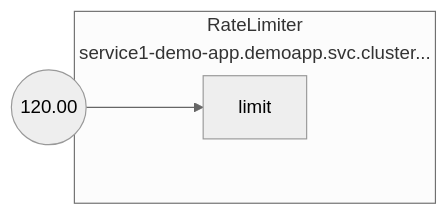
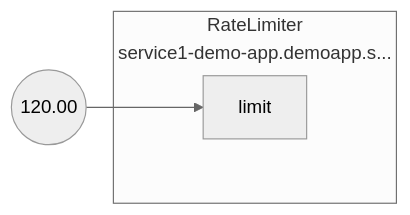
The diagram in docs/content/tutorials/integrations/flow-control/rate-limiting/assets/static-rate-limiting/static-rate-limiting.mmd (fluxninja/aperture), drawn with Mermaid (neutral theme) before and after one commit. The commit also changed 18 other files, not shown here.

```diff
--- a/docs/content/tutorials/integrations/flow-control/rate-limiting/assets/static-rate-limiting/static-rate-limiting.mmd
+++ b/docs/content/tutorials/integrations/flow-control/rate-limiting/assets/static-rate-limiting/static-rate-limiting.mmd
@@ -1,9 +1,9 @@
 flowchart LR
 FakeConstant0((120.00))
 FakeConstant0 --> root.0limit
-subgraph root.0[<center>RateLimiter<br/>service1-demo-app.demoapp.svc.cluster...</center>]
+subgraph root.0[<center>RateLimiter<br/>service1-demo-app.demoapp.s...</center>]
 subgraph root.0_inports[ ]
 style root.0_inports fill:none,stroke:none
 root.0limit[limit]
 end
 end
```
